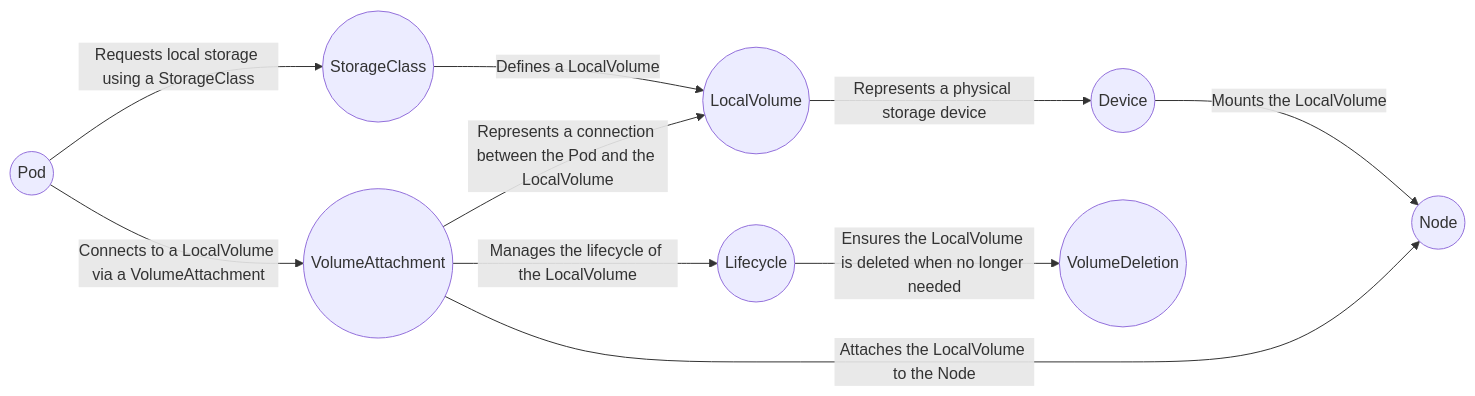
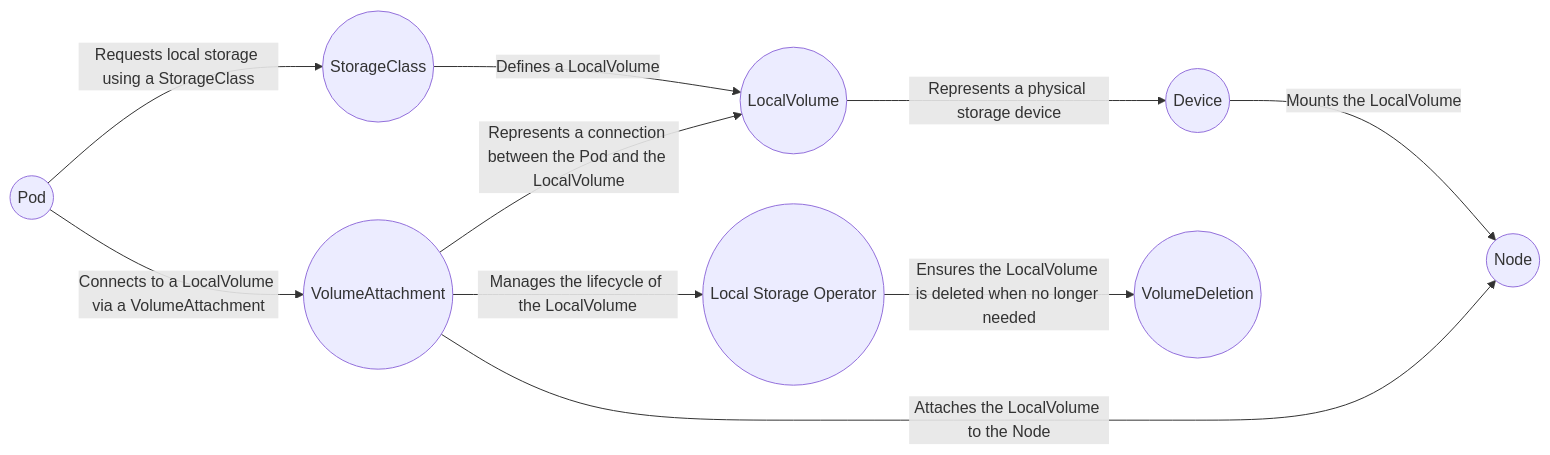
The first of 2 diagrams in README.md (emmahone/Local-Storage-Operator-reference), drawn with Mermaid before and after one commit.

````diff
--- a/README.md
+++ b/README.md
@@ -4,12 +4,12 @@
 ```mermaid
 graph LR
     Pod((Pod)) -->|Requests local storage using a StorageClass| StorageClass((StorageClass))
     StorageClass -->|Defines a LocalVolume| LocalVolume((LocalVolume))
     LocalVolume -->|Represents a physical storage device| Device((Device))
     Device -->|Mounts the LocalVolume| Node((Node))
     Pod -->|Connects to a LocalVolume via a VolumeAttachment| VolumeAttachment((VolumeAttachment))
     VolumeAttachment -->|Represents a connection between the Pod and the LocalVolume| LocalVolume
     VolumeAttachment -->|Attaches the LocalVolume to the Node| Node
-    VolumeAttachment -->|Manages the lifecycle of the LocalVolume| Lifecycle((Lifecycle))
-    Lifecycle -->|Ensures the LocalVolume is deleted when no longer needed| VolumeDeletion((VolumeDeletion))
+    VolumeAttachment -->|Manages the lifecycle of the LocalVolume| LSO(("Local Storage Operator"))
+    LSO -->|Ensures the LocalVolume is deleted when no longer needed| VolumeDeletion((VolumeDeletion))
 ```
````
